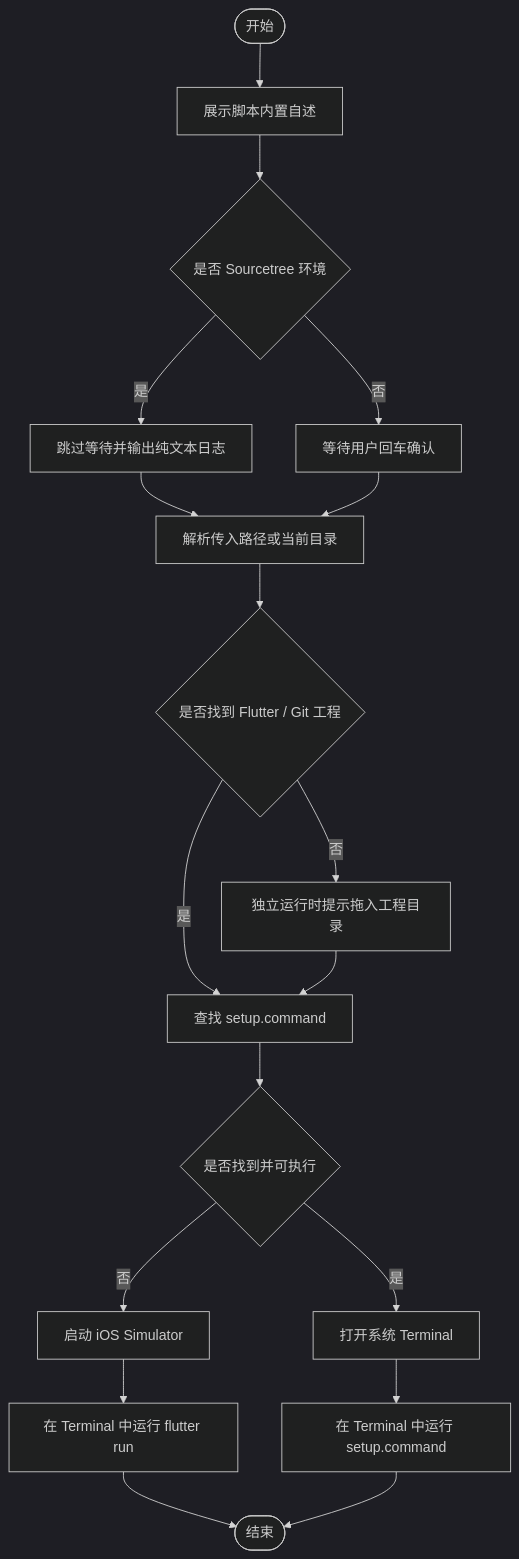
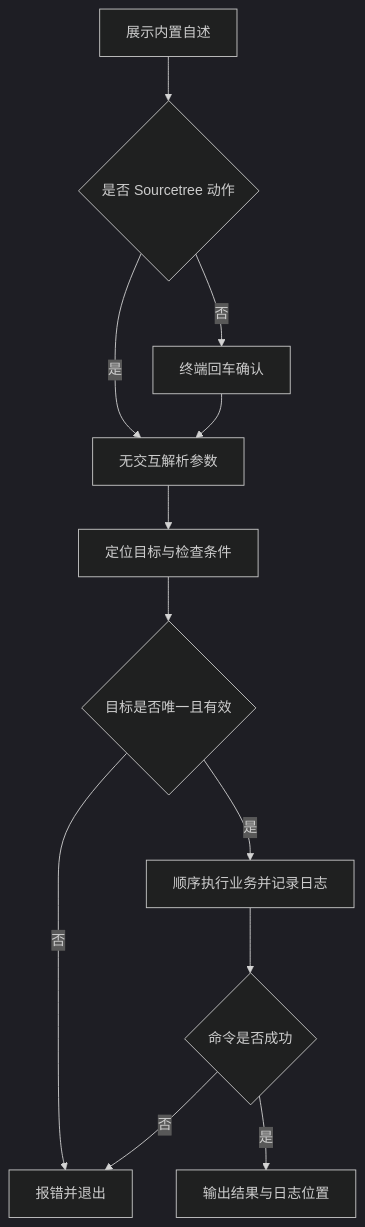
Before and after one commit to JobsKits/SourceTree.sh: the diagram in 【MacOS@SourceTree】🐦打开:运行Flutter项目.command/README.md, drawn with Mermaid (dark theme). The commit also changed other lines of this file and 65 other files, not shown here.

````diff
--- a/【MacOS@SourceTree】🐦打开:运行Flutter项目.command/README.md
+++ b/【MacOS@SourceTree】🐦打开:运行Flutter项目.command/README.md
@@ -74,20 +62,14 @@
 ```mermaid
-graph TD
-    A([开始]) --> B[展示脚本内置自述]
-    B --> C{是否 Sourcetree 环境}
-    C --> |是| D[跳过等待并输出纯文本日志]
-    C --> |否| E[等待用户回车确认]
-    D --> F[解析传入路径或当前目录]
-    E --> F[解析传入路径或当前目录]
-    F --> G{是否找到 Flutter / Git 工程}
-    G --> |否| H[独立运行时提示拖入工程目录]
-    G --> |是| I[查找 setup.command]
-    H --> I[查找 setup.command]
-    I --> J{是否找到并可执行}
-    J --> |否| K[启动 iOS Simulator]
-    J --> |是| L[打开系统 Terminal]
-    L --> M[在 Terminal 中运行 setup.command]
-    K --> O[在 Terminal 中运行 flutter run]
-    O --> N([结束])
-    M --> N([结束])
+flowchart TD
+    A[展示内置自述] --> B{是否 Sourcetree 动作}
+    B -->|是| C[无交互解析参数]
+    B -->|否| D[终端回车确认]
+    D --> C
+    C --> E[定位目标与检查条件]
+    E --> F{目标是否唯一且有效}
+    F -->|否| G[报错并退出]
+    F -->|是| H[顺序执行业务并记录日志]
+    H --> I{命令是否成功}
+    I -->|否| G
+    I -->|是| J[输出结果与日志位置]
 ```
````
